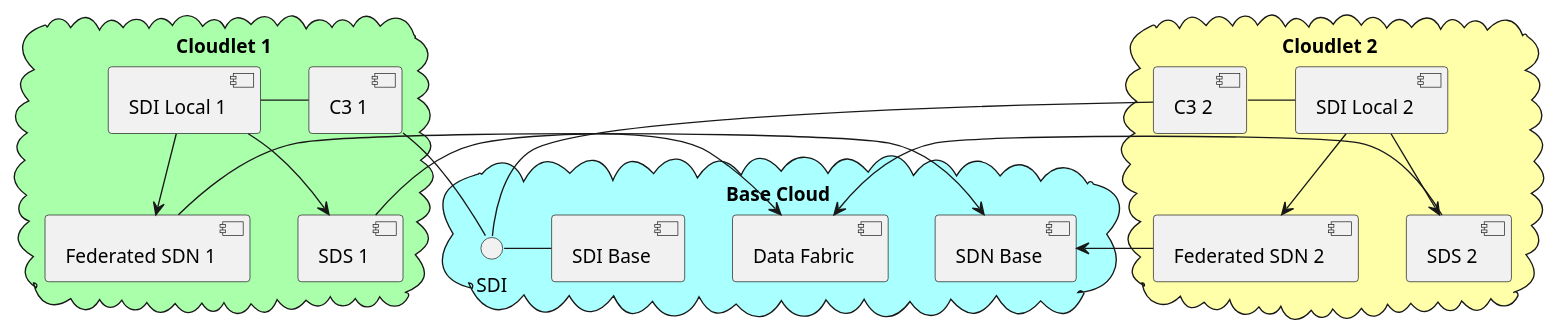
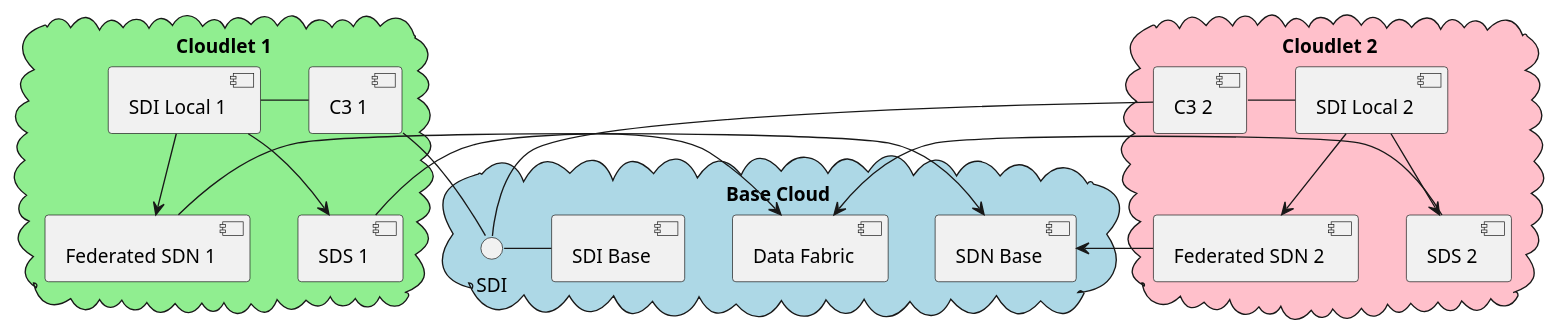
One commit to CAADE/CloudLet changed the diagram in docs/Solution/Physical.puml. Above: the diagram before and after it, drawn with PlantUML. The commit also changed 74 other files, not shown here.

```diff
--- a/docs/Solution/Physical.puml
+++ b/docs/Solution/Physical.puml
@@ -1,28 +1,28 @@
 @startuml
 
-cloud "Base Cloud" #aaffff {
+cloud "Base Cloud" #lightblue {
 SDI - [SDI Base]
 [SDI Base]
 [SDN Base]
 [Data Fabric]
 }
 
-cloud "Cloudlet 1" #aaffaa {
+cloud "Cloudlet 1" #lightgreen {
 [C3 1] - [SDI Local 1]
 [SDI Local 1] --> [Federated SDN 1]
 [SDI Local 1] --> [SDS 1]
 [Federated SDN 1] -> [SDN Base]
 [SDS 1] -> [Data Fabric]
 [C3 1] - [SDI]
 }
 
-cloud "Cloudlet 2 " #ffffaa {
+cloud "Cloudlet 2 " #pink {
 [C3 2] - [SDI Local 2]
 [SDI Local 2] --> [Federated SDN 2]
 [SDI Local 2] --> [SDS 2]
 [Federated SDN 2] -> [SDN Base]
 [SDS 2] -> [Data Fabric]
 [C3 2] - [SDI]
 }
 
 @enduml
```
